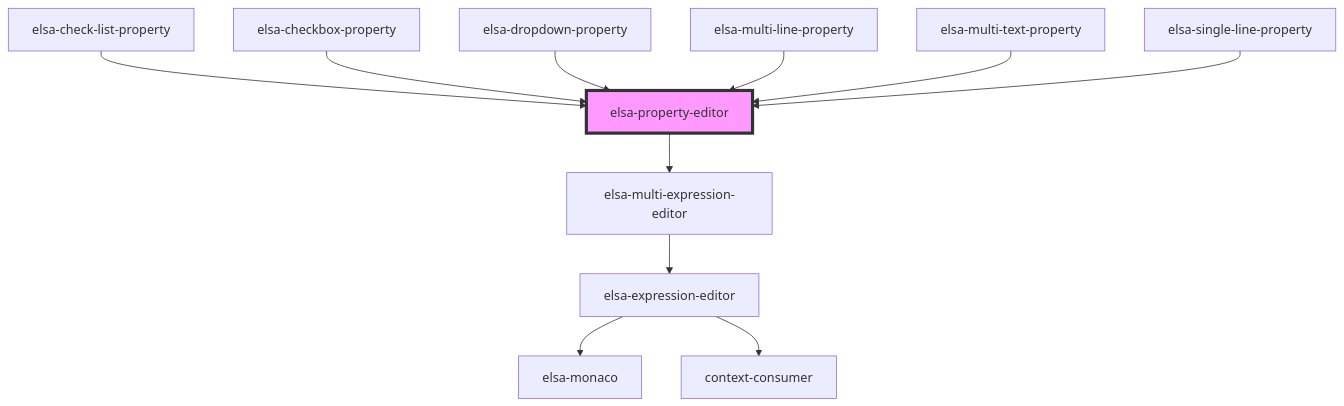
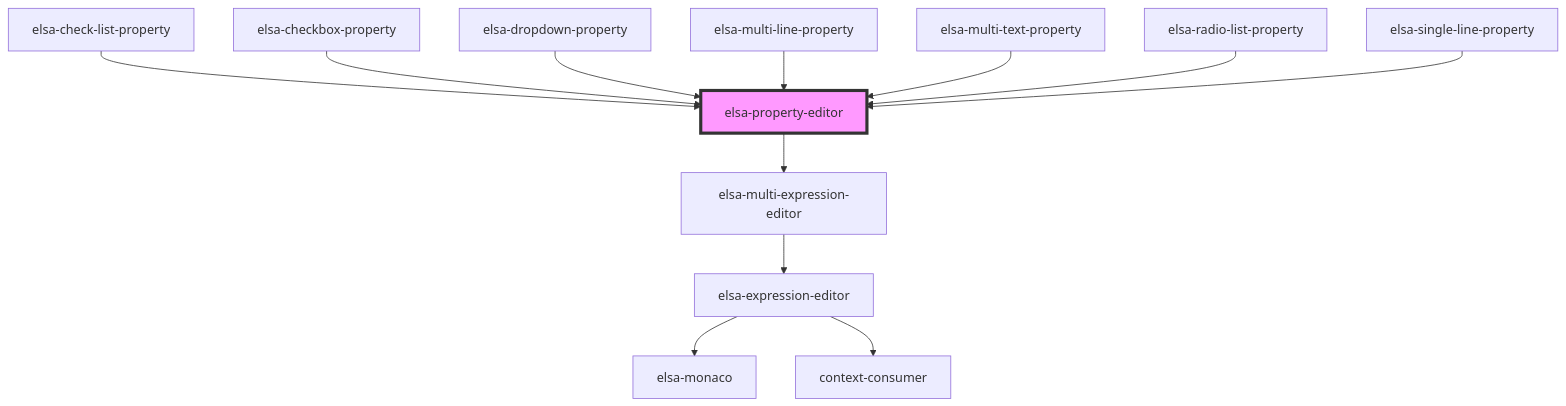
One commit to elsa-workflows/elsa-core changed the diagram in src/designer/elsa-workflows-studio/src/components/editors/elsa-property-editor/readme.md. Above: the diagram before and after it, drawn with Mermaid. The commit also changed other lines of this file and 2 other files, not shown here.

Commit message:
Update designer package version

````diff
--- a/src/designer/elsa-workflows-studio/src/components/editors/elsa-property-editor/readme.md
+++ b/src/designer/elsa-workflows-studio/src/components/editors/elsa-property-editor/readme.md
@@ -43,14 +44,15 @@
 ```mermaid
 graph TD;
   elsa-property-editor --> elsa-multi-expression-editor
   elsa-multi-expression-editor --> elsa-expression-editor
   elsa-expression-editor --> elsa-monaco
   elsa-expression-editor --> context-consumer
   elsa-check-list-property --> elsa-property-editor
   elsa-checkbox-property --> elsa-property-editor
   elsa-dropdown-property --> elsa-property-editor
   elsa-multi-line-property --> elsa-property-editor
   elsa-multi-text-property --> elsa-property-editor
+  elsa-radio-list-property --> elsa-property-editor
   elsa-single-line-property --> elsa-property-editor
   style elsa-property-editor fill:#f9f,stroke:#333,stroke-width:4px
 ```
````
